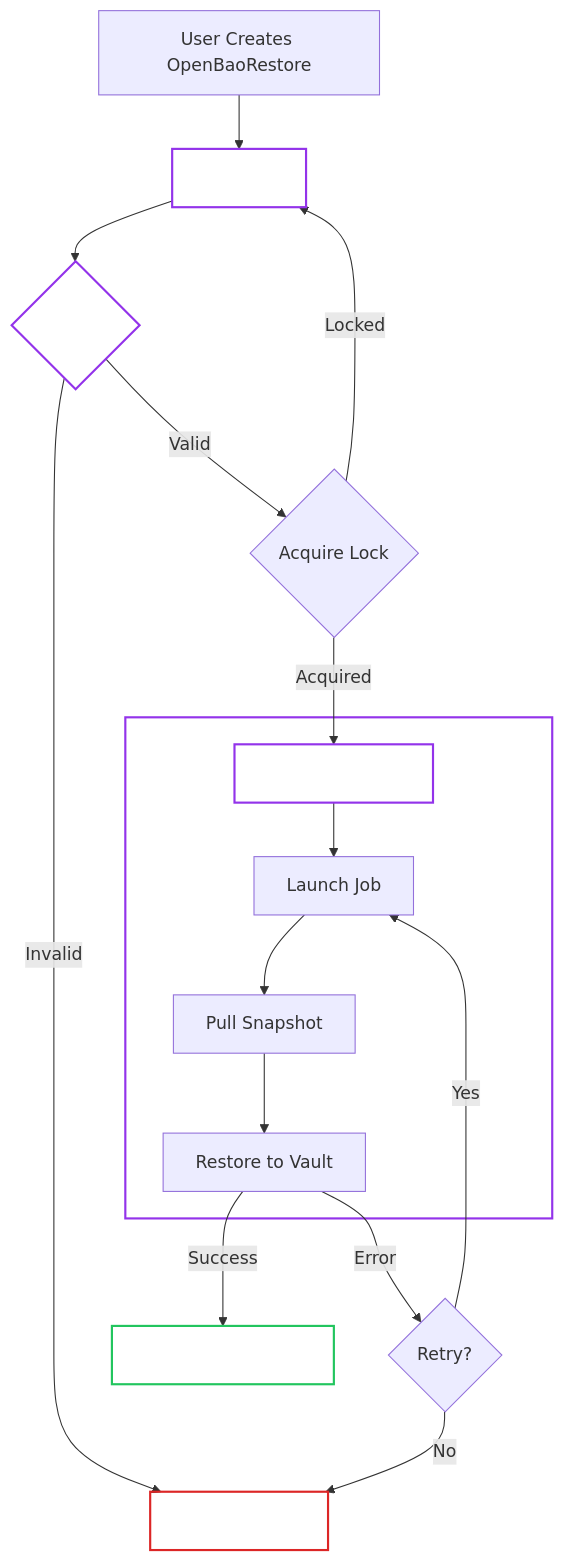
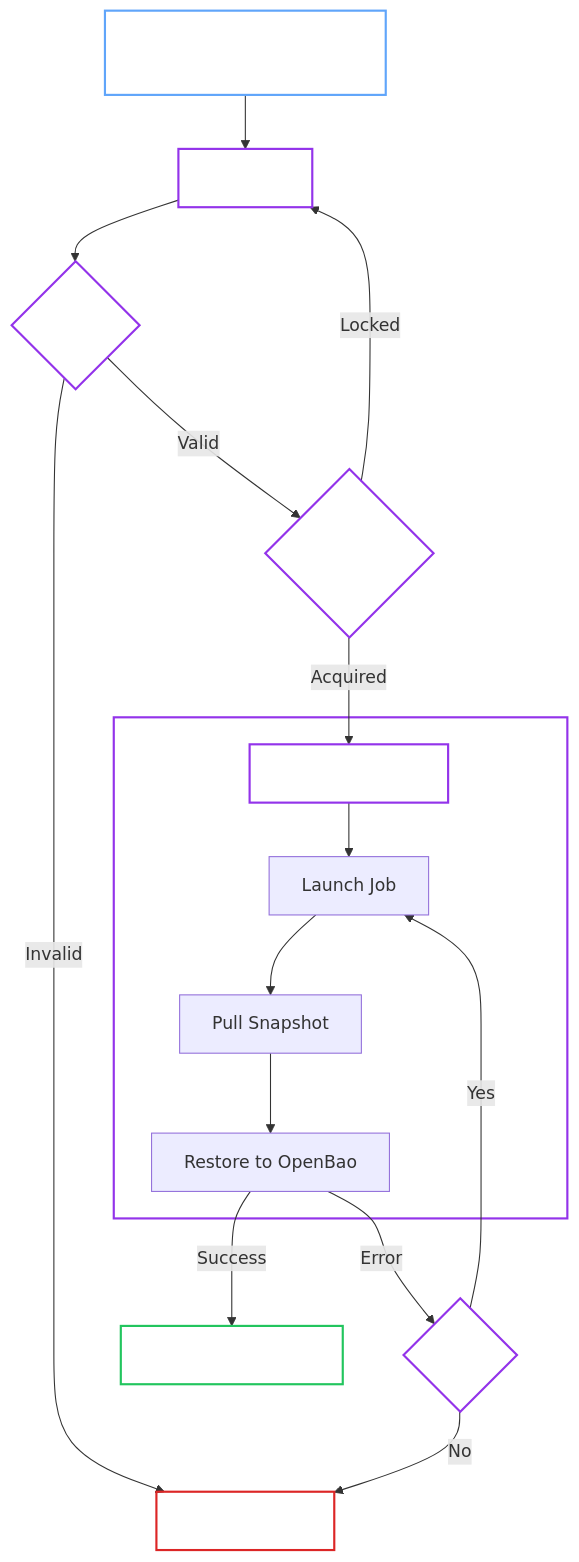
The diagram in docs/architecture/restore-manager.md (dc-tec/openbao-operator), drawn with Mermaid before and after one commit. The commit also changed other lines of this file and 48 other files, not shown here.

````diff
--- a/docs/architecture/restore-manager.md
+++ b/docs/architecture/restore-manager.md
@@ -19,31 +19,33 @@
 ```mermaid
 graph TD
     Start[User Creates OpenBaoRestore] --> Pending
     
     Pending --> Validating{Validate}
     Validating -- Invalid --> Failed[Phase: Failed]
     Validating -- Valid --> Lock{Acquire Lock}
     
     Lock -- Locked --> Pending
     Lock -- Acquired --> Running[Phase: Running]
     
     subgraph Execution [Restore Job]
         Running --> Job[Launch Job]
         Job --> Pull[Pull Snapshot]
-        Pull --> Restore[Restore to Vault]
+        Pull --> Restore[Restore to OpenBao]
     end
     
     Restore -- Success --> Completed[Phase: Completed]
     Restore -- Error --> Retrying{Retry?}
     
     Retrying -- Yes --> Job
     Retrying -- No --> Failed
 
-    classDef phase fill:transparent,stroke:#9333ea,stroke-width:2px,color:#fff;
-    classDef terminal fill:transparent,stroke:#22c55e,stroke-width:2px,color:#fff;
-    classDef error fill:transparent,stroke:#dc2626,stroke-width:2px,color:#fff;
+    classDef read fill:transparent,stroke:#60a5fa,stroke-width:2px,color:#fff;
+    classDef write fill:transparent,stroke:#22c55e,stroke-width:2px,color:#fff;
+    classDef security fill:transparent,stroke:#dc2626,stroke-width:2px,color:#fff;
+    classDef process fill:transparent,stroke:#9333ea,stroke-width:2px,color:#fff;
     
-    class Pending,Validating,Running,Execution phase;
-    class Completed terminal;
-    class Failed error;
+    class Start read;
+    class Pending,Validating,Lock,Running,Execution,Retrying process;
+    class Completed write;
+    class Failed security;
 ```
````
